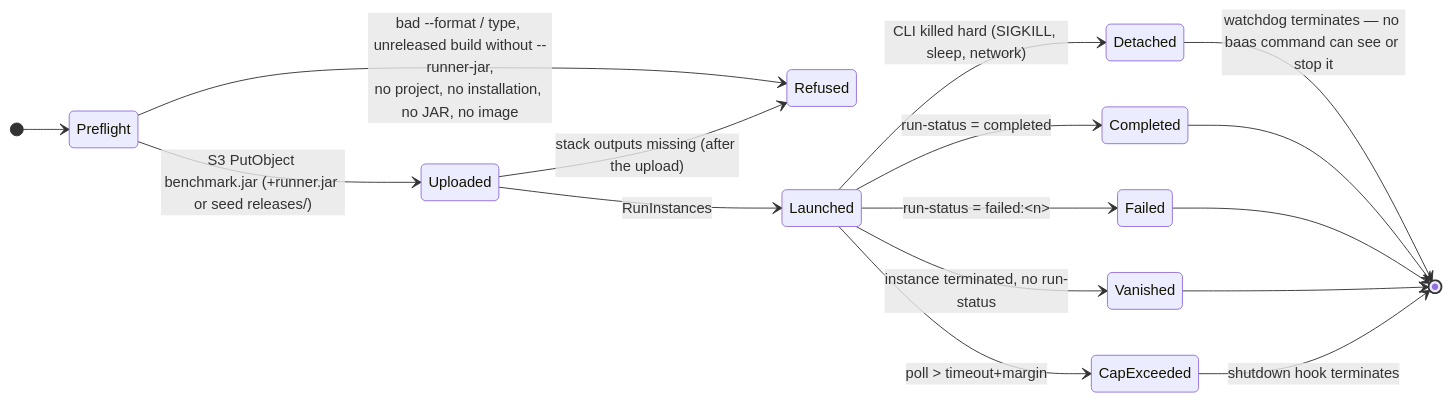
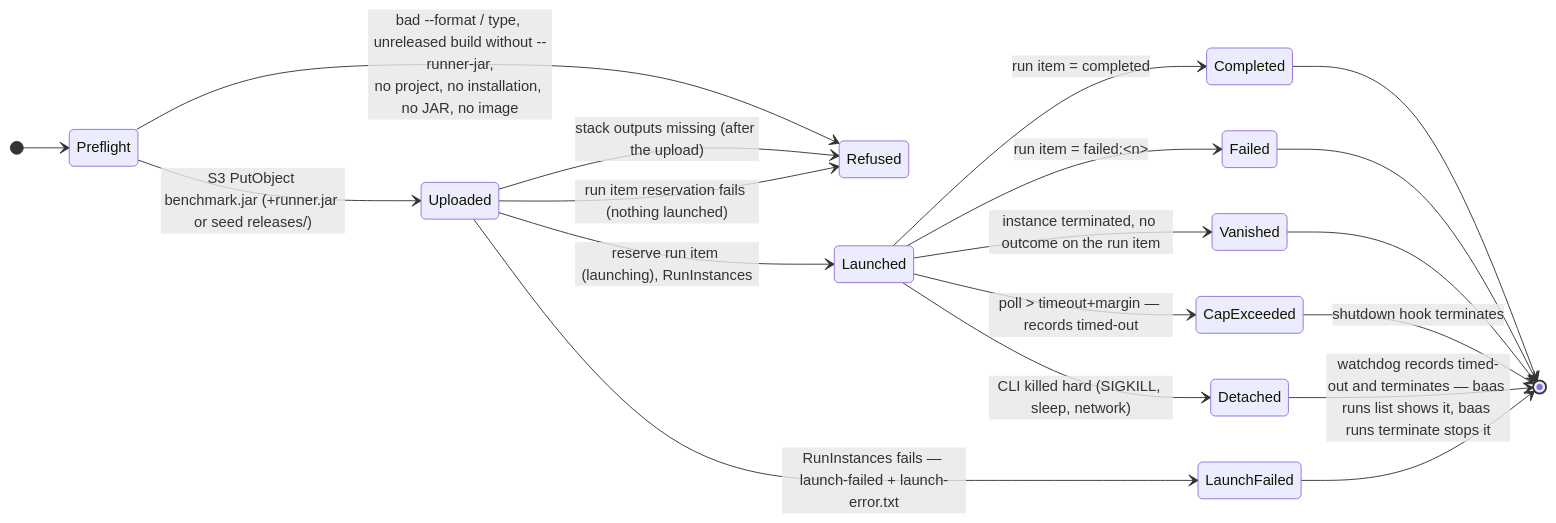
One commit to wsztajerowski/benchmark-as-a-service changed the third of 3 diagrams in docs/analysis/cli-usage-analysis.md. Above: the diagram before and after it, drawn with Mermaid. The commit also changed other lines of this file and 18 other files, not shown here.

First line of the commit message:
docs: describe run items, baas runs and the removed --no-database

````diff
--- a/docs/analysis/cli-usage-analysis.md
+++ b/docs/analysis/cli-usage-analysis.md
@@ -137,19 +137,22 @@
 ```mermaid
 stateDiagram-v2
     direction LR
     [*] --> Preflight
     Preflight --> Refused: bad --format / type, unreleased build without --runner-jar,<br/>no project, no installation, no JAR, no image
     Preflight --> Uploaded: S3 PutObject benchmark.jar (+runner.jar or seed releases/)
     Uploaded --> Refused: stack outputs missing (after the upload)
-    Uploaded --> Launched: RunInstances
-    Launched --> Completed: run-status = completed
-    Launched --> Failed: run-status = failed:#lt;n#gt;
-    Launched --> Vanished: instance terminated, no run-status
-    Launched --> CapExceeded: poll > timeout+margin
+    Uploaded --> Refused: run item reservation fails (nothing launched)
+    Uploaded --> Launched: reserve run item (launching), RunInstances
+    Uploaded --> LaunchFailed: RunInstances fails — launch-failed + launch-error.txt
+    Launched --> Completed: run item = completed
+    Launched --> Failed: run item = failed:#lt;n#gt;
+    Launched --> Vanished: instance terminated, no outcome on the run item
+    Launched --> CapExceeded: poll > timeout+margin — records timed-out
     Launched --> Detached: CLI killed hard (SIGKILL, sleep, network)
-    Detached --> [*]: watchdog terminates — no baas command can see or stop it
+    Detached --> [*]: watchdog records timed-out and terminates — baas runs list shows it, baas runs terminate stops it
+    LaunchFailed --> [*]
     Completed --> [*]
     Failed --> [*]
     Vanished --> [*]
     CapExceeded --> [*]: shutdown hook terminates
 ```
````
